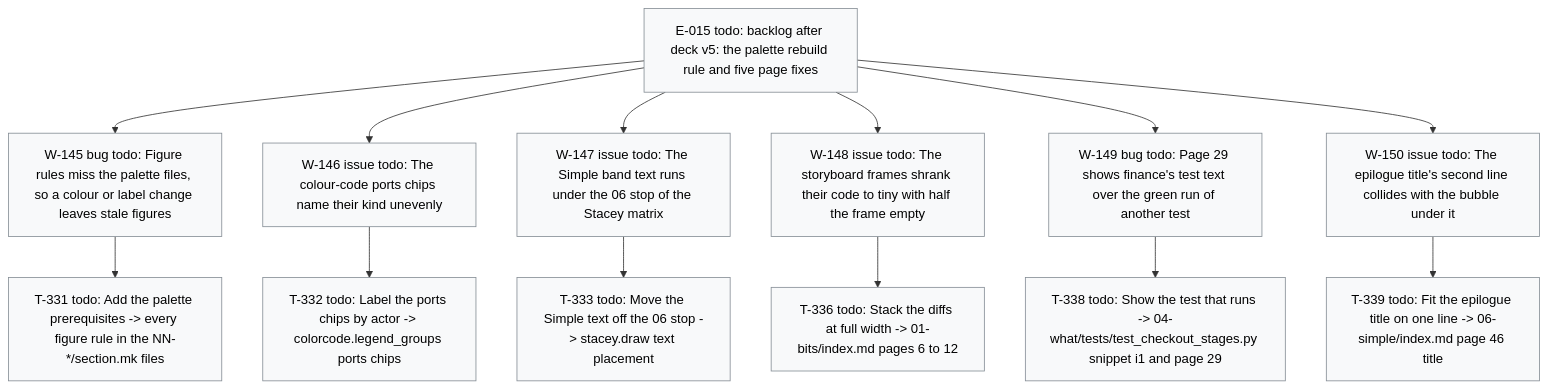
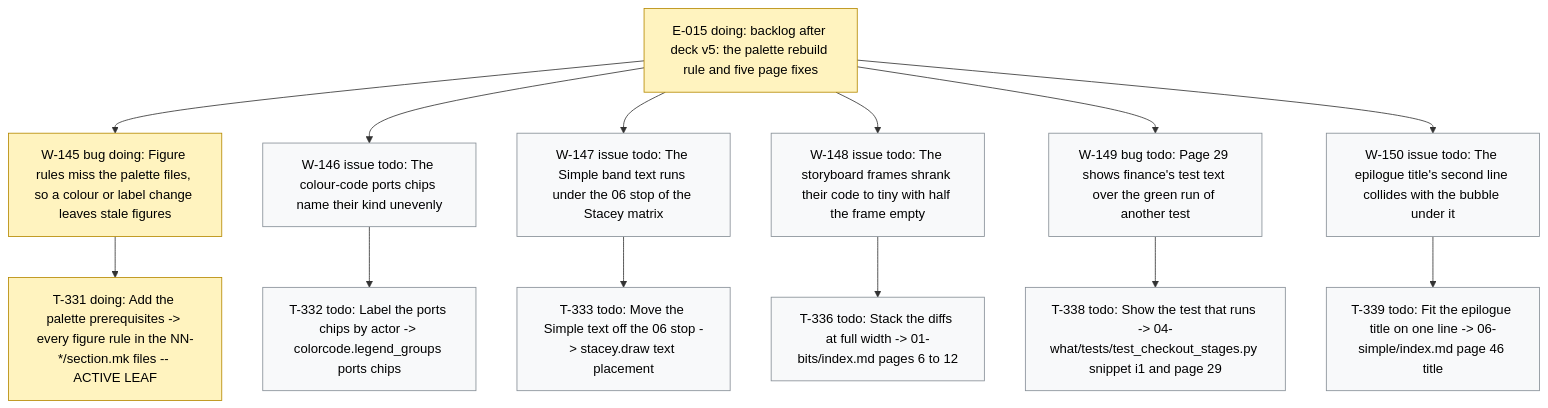
Before and after one commit to dpopchev/chaos-to-simple: the diagram in .board/BOARD.md, drawn with Mermaid. The commit also changed other lines of this file and 3 other files, not shown here.

````diff
--- a/.board/BOARD.md
+++ b/.board/BOARD.md
@@ -859,22 +859,23 @@
 ```mermaid
 flowchart TD
-  E015["E-015 todo: backlog after deck v5: the palette rebuild rule and five page fixes"]
-  E015 --> W145["W-145 bug todo: Figure rules miss the palette files, so a colour or label change leaves stale figures"]
-  W145 --> T331["T-331 todo: Add the palette prerequisites -> every figure rule in the NN-*/section.mk files"]
+  E015["E-015 doing: backlog after deck v5: the palette rebuild rule and five page fixes"]
+  E015 --> W145["W-145 bug doing: Figure rules miss the palette files, so a colour or label change leaves stale figures"]
+  W145 --> T331["T-331 doing: Add the palette prerequisites -> every figure rule in the NN-*/section.mk files -- ACTIVE LEAF"]
   E015 --> W146["W-146 issue todo: The colour-code ports chips name their kind unevenly"]
   W146 --> T332["T-332 todo: Label the ports chips by actor -> colorcode.legend_groups ports chips"]
   E015 --> W147["W-147 issue todo: The Simple band text runs under the 06 stop of the Stacey matrix"]
   W147 --> T333["T-333 todo: Move the Simple text off the 06 stop -> stacey.draw text placement"]
   E015 --> W148["W-148 issue todo: The storyboard frames shrank their code to tiny with half the frame empty"]
   W148 --> T336["T-336 todo: Stack the diffs at full width -> 01-bits/index.md pages 6 to 12"]
   E015 --> W149["W-149 bug todo: Page 29 shows finance's test text over the green run of another test"]
   W149 --> T338["T-338 todo: Show the test that runs -> 04-what/tests/test_checkout_stages.py snippet i1 and page 29"]
   E015 --> W150["W-150 issue todo: The epilogue title's second line collides with the bubble under it"]
   W150 --> T339["T-339 todo: Fit the epilogue title on one line -> 06-simple/index.md page 46 title"]
   classDef doing fill:#fff3bf,stroke:#b58900,color:#000;
   classDef blocked fill:#ffe3e3,stroke:#c92a2a,color:#000;
   classDef done fill:#e6ffed,stroke:#2b8a3e,color:#000;
   classDef todo fill:#f8f9fa,stroke:#868e96,color:#000;
   classDef pruned fill:#f1f3f5,stroke:#adb5bd,color:#000;
-  class E015,W145,T331,W146,T332,W147,T333,W148,T336,W149,T338,W150,T339 todo
+  class E015,W145,T331 doing
+  class W146,T332,W147,T333,W148,T336,W149,T338,W150,T339 todo
 ```
````
